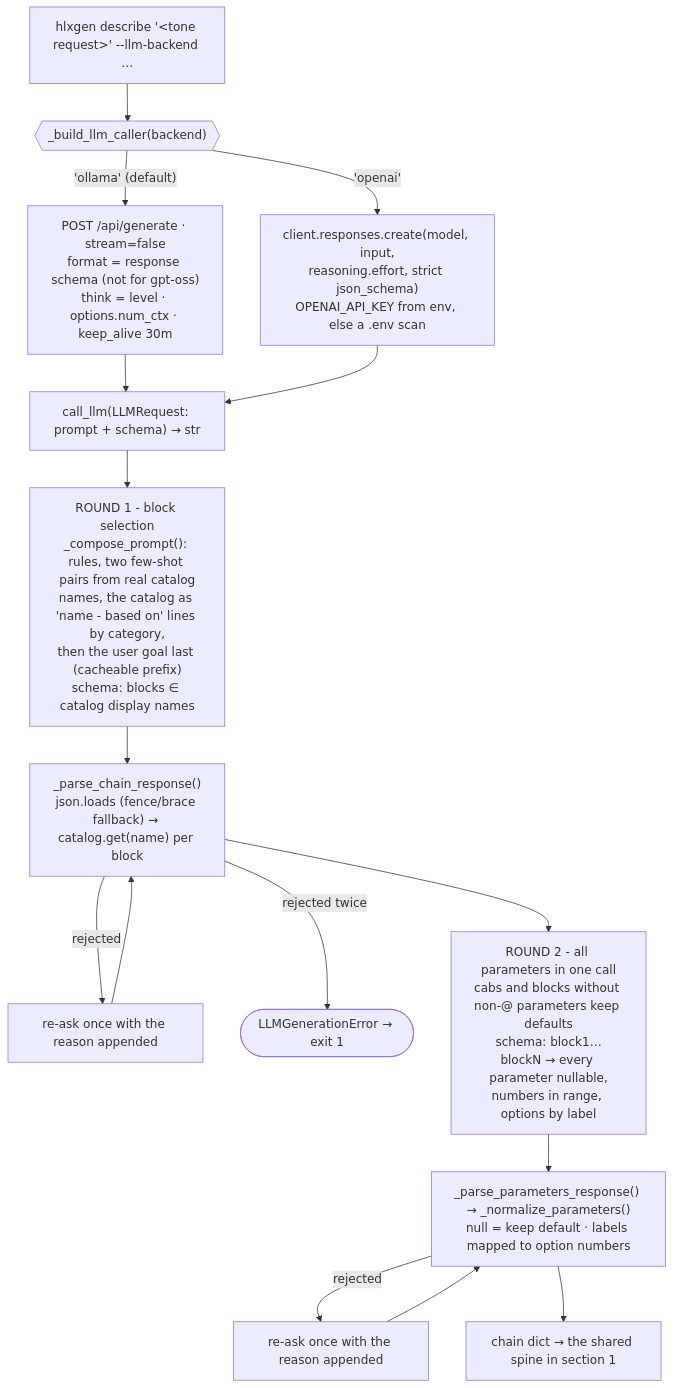
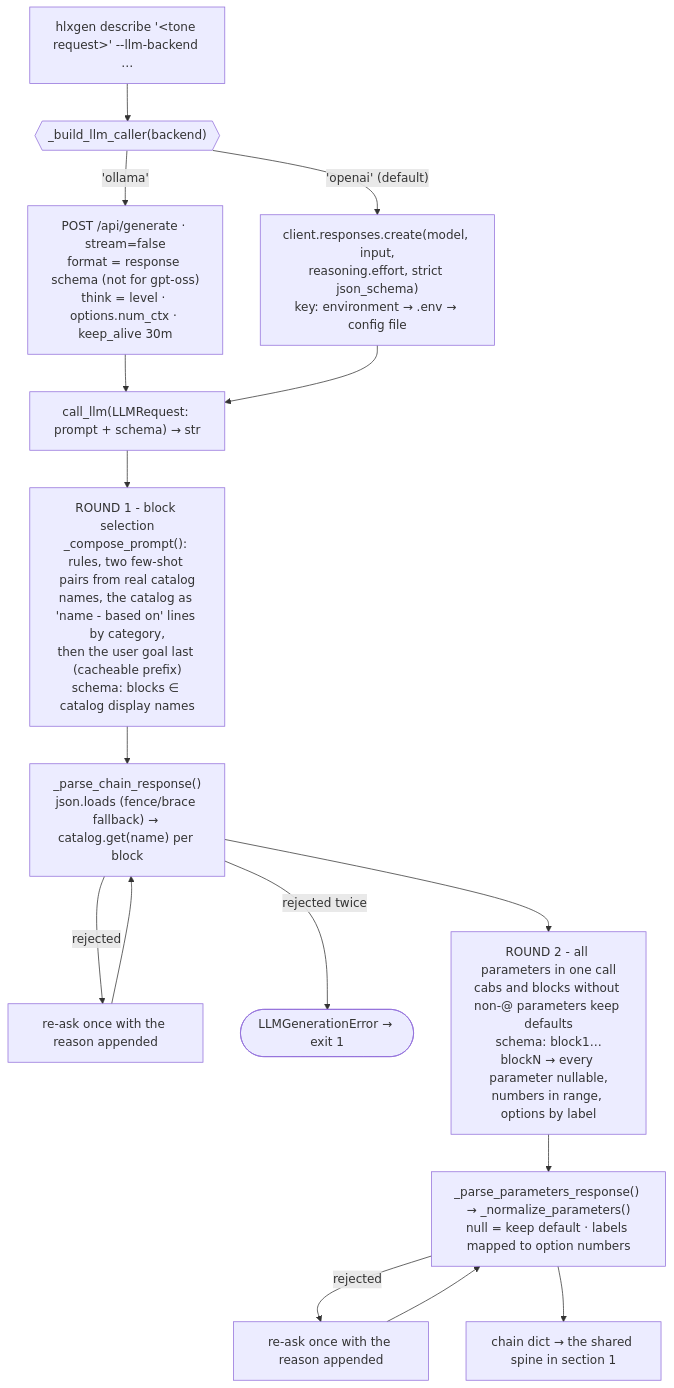
One commit to ORogers/HelixGen changed the second of 5 diagrams in docs/application_flow.md. Above: the diagram before and after it, drawn with Mermaid. The commit also changed other lines of this file and 19 other files, not shown here.

````diff
--- a/docs/application_flow.md
+++ b/docs/application_flow.md
@@ -103,18 +104,18 @@
 ```mermaid
 flowchart TD
     start["hlxgen describe '&lt;tone request&gt;' --llm-backend …"] --> pick{{"_build_llm_caller(backend)"}}
-    pick -- "'ollama' (default)" --> ol["POST /api/generate · stream=false<br>format = response schema (not for gpt-oss)<br>think = level · options.num_ctx · keep_alive 30m"]
-    pick -- "'openai'" --> oa["client.responses.create(model, input,<br>reasoning.effort, strict json_schema)<br>OPENAI_API_KEY from env, else a .env scan"]
+    pick -- "'openai' (default)" --> oa["client.responses.create(model, input,<br>reasoning.effort, strict json_schema)<br>key: environment → .env → config file"]
+    pick -- "'ollama'" --> ol["POST /api/generate · stream=false<br>format = response schema (not for gpt-oss)<br>think = level · options.num_ctx · keep_alive 30m"]
 
     ol --> closure["call_llm(LLMRequest: prompt + schema) → str"]
     oa --> closure
 
     closure --> r1["ROUND 1 - block selection<br>_compose_prompt(): rules, two few-shot pairs from real catalog<br>names, the catalog as 'name - based on' lines by category,<br>then the user goal last (cacheable prefix)<br>schema: blocks ∈ catalog display names"]
     r1 --> parse["_parse_chain_response()<br>json.loads (fence/brace fallback) → catalog.get(name) per block"]
     parse -- "rejected" --> retry1["re-ask once with the reason appended"] --> parse
     parse -- "rejected twice" --> fail(["LLMGenerationError → exit 1"])
     parse --> r2["ROUND 2 - all parameters in one call<br>cabs and blocks without non-@ parameters keep defaults<br>schema: block1…blockN → every parameter nullable,<br>numbers in range, options by label"]
     r2 --> norm["_parse_parameters_response() → _normalize_parameters()<br>null = keep default · labels mapped to option numbers"]
     norm -- "rejected" --> retry2["re-ask once with the reason appended"] --> norm
     norm --> out["chain dict → the shared spine in section 1"]
 ```
````
